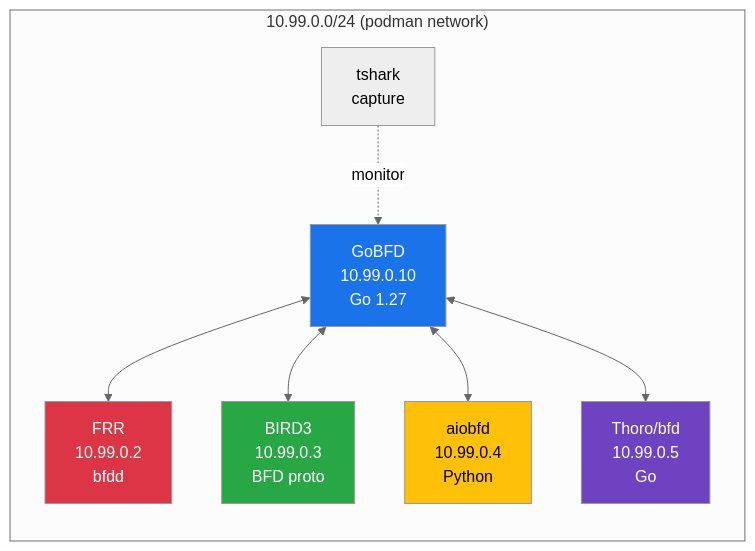
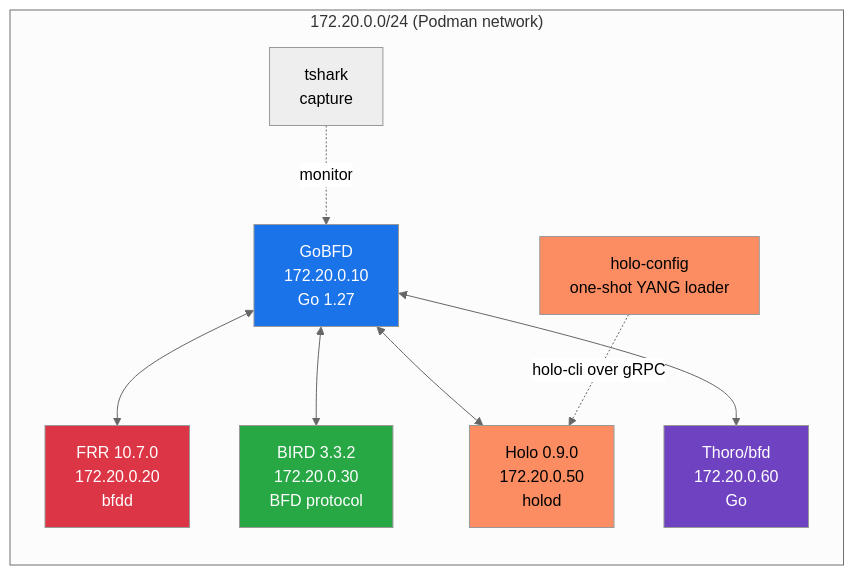
Before and after one commit to dantte-lp/gobfd: the first of 5 diagrams in docs/en/05-interop.md, drawn with Mermaid (neutral theme). The commit also changed other lines of this file and 20 other files, not shown here.

````diff
--- a/docs/en/05-interop.md
+++ b/docs/en/05-interop.md
@@ -30,23 +34,26 @@
 ```mermaid
 graph LR
-    subgraph "10.99.0.0/24 (podman network)"
-        GOBFD["GoBFD<br/>10.99.0.10<br/>Go 1.27"]
-        FRR["FRR<br/>10.99.0.2<br/>bfdd"]
-        BIRD["BIRD3<br/>10.99.0.3<br/>BFD proto"]
-        AIOBFD["aiobfd<br/>10.99.0.4<br/>Python"]
-        THORO["Thoro/bfd<br/>10.99.0.5<br/>Go"]
+    subgraph "172.20.0.0/24 (Podman network)"
+        GOBFD["GoBFD<br/>172.20.0.10<br/>Go 1.27"]
+        FRR["FRR 10.7.0<br/>172.20.0.20<br/>bfdd"]
+        BIRD["BIRD 3.3.2<br/>172.20.0.30<br/>BFD protocol"]
+        HOLO["Holo 0.9.0<br/>172.20.0.50<br/>holod"]
+        LOADER["holo-config<br/>one-shot YANG loader"]
+        THORO["Thoro/bfd<br/>172.20.0.60<br/>Go"]
         TSHARK["tshark<br/>capture"]
     end
 
     GOBFD <--> FRR
     GOBFD <--> BIRD
-    GOBFD <--> AIOBFD
+    GOBFD <--> HOLO
     GOBFD <--> THORO
+    LOADER -.->|holo-cli over gRPC| HOLO
     TSHARK -.->|monitor| GOBFD
 
     style GOBFD fill:#1a73e8,color:#fff
     style FRR fill:#dc3545,color:#fff
     style BIRD fill:#28a745,color:#fff
-    style AIOBFD fill:#ffc107,color:#000
+    style HOLO fill:#fc8d62,color:#000
+    style LOADER fill:#fc8d62,color:#000
     style THORO fill:#6f42c1,color:#fff
 ```
````
